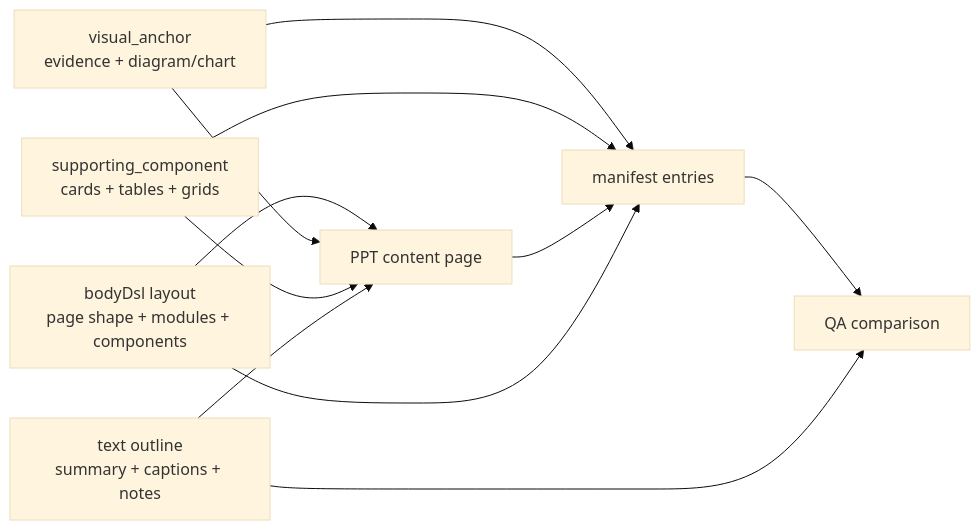
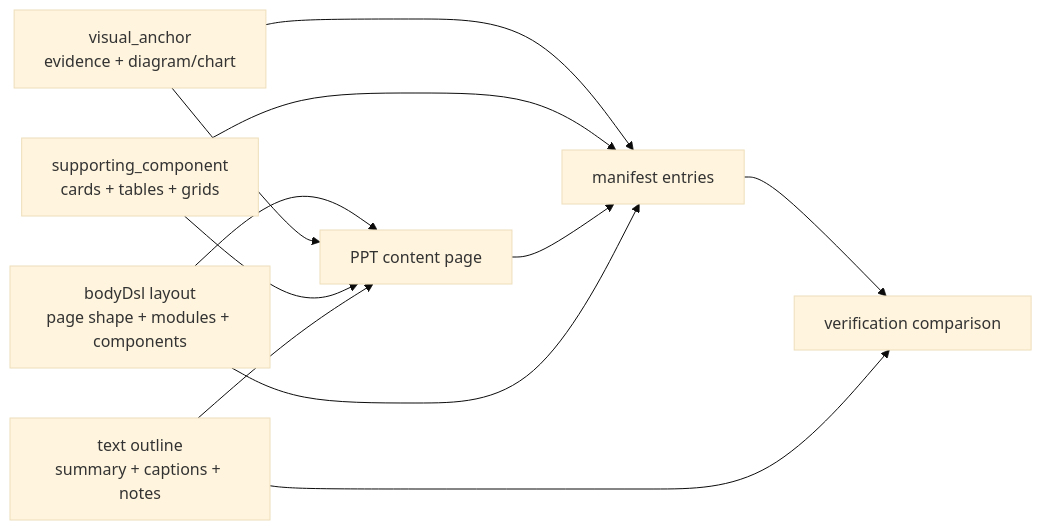
The second of 3 diagrams in docs/architecture_design.md (MozhiJiawei/hw-ppt-gen), drawn with Mermaid (base theme) before and after one commit. The commit also changed other lines of this file and 69 other files, not shown here.

````diff
--- a/docs/architecture_design.md
+++ b/docs/architecture_design.md
@@ -409,21 +387,21 @@
 ```mermaid
 flowchart LR
   Layout["bodyDsl layout\npage shape + modules + components"]
   VisualSpec["visual_anchor\nevidence + diagram/chart"]
   SupportSpec["supporting_component\ncards + tables + grids"]
   TextOutline["text outline\nsummary + captions + notes"]
   RenderedPage["PPT content page"]
   ManifestEntry["manifest entries"]
-  QACompare["QA comparison"]
+  VerifyCompare["verification comparison"]
 
   Layout --> RenderedPage
   VisualSpec --> RenderedPage
   SupportSpec --> RenderedPage
   TextOutline --> RenderedPage
   VisualSpec --> ManifestEntry
   SupportSpec --> ManifestEntry
   RenderedPage --> ManifestEntry
   Layout --> ManifestEntry
-  ManifestEntry --> QACompare
-  TextOutline --> QACompare
+  ManifestEntry --> VerifyCompare
+  TextOutline --> VerifyCompare
 ```
````
